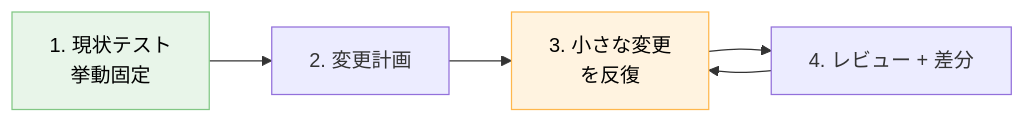
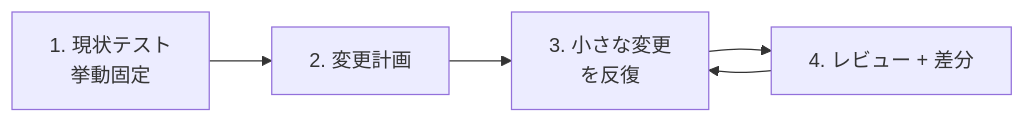
One commit to dinekt/dinekt-wiki changed the second of 2 diagrams in docs/case-studies/llm-エージェントに大規模リファクタリングを安全に任せる手順.md. Above: the diagram before and after it, drawn with Mermaid. The commit also changed other lines of this file and 70 other files, not shown here.

First line of the commit message:
fix(mermaid): strip all inline styling, rely on theme

````diff
--- a/docs/case-studies/llm-エージェントに大規模リファクタリングを安全に任せる手順.md
+++ b/docs/case-studies/llm-エージェントに大規模リファクタリングを安全に任せる手順.md
@@ -35,10 +34,8 @@
 ```mermaid
 flowchart LR
     S1[1. 現状テスト<br/>挙動固定] --> S2[2. 変更計画]
     S2 --> S3[3. 小さな変更<br/>を反復]
     S3 --> S4[4. レビュー + 差分]
     S4 --> S3
 
-    style S1 fill:#e8f5e9,stroke:#81c784,color:#000
-    style S3 fill:#fff3e0,stroke:#ffb74d,color:#000
 ```
````
